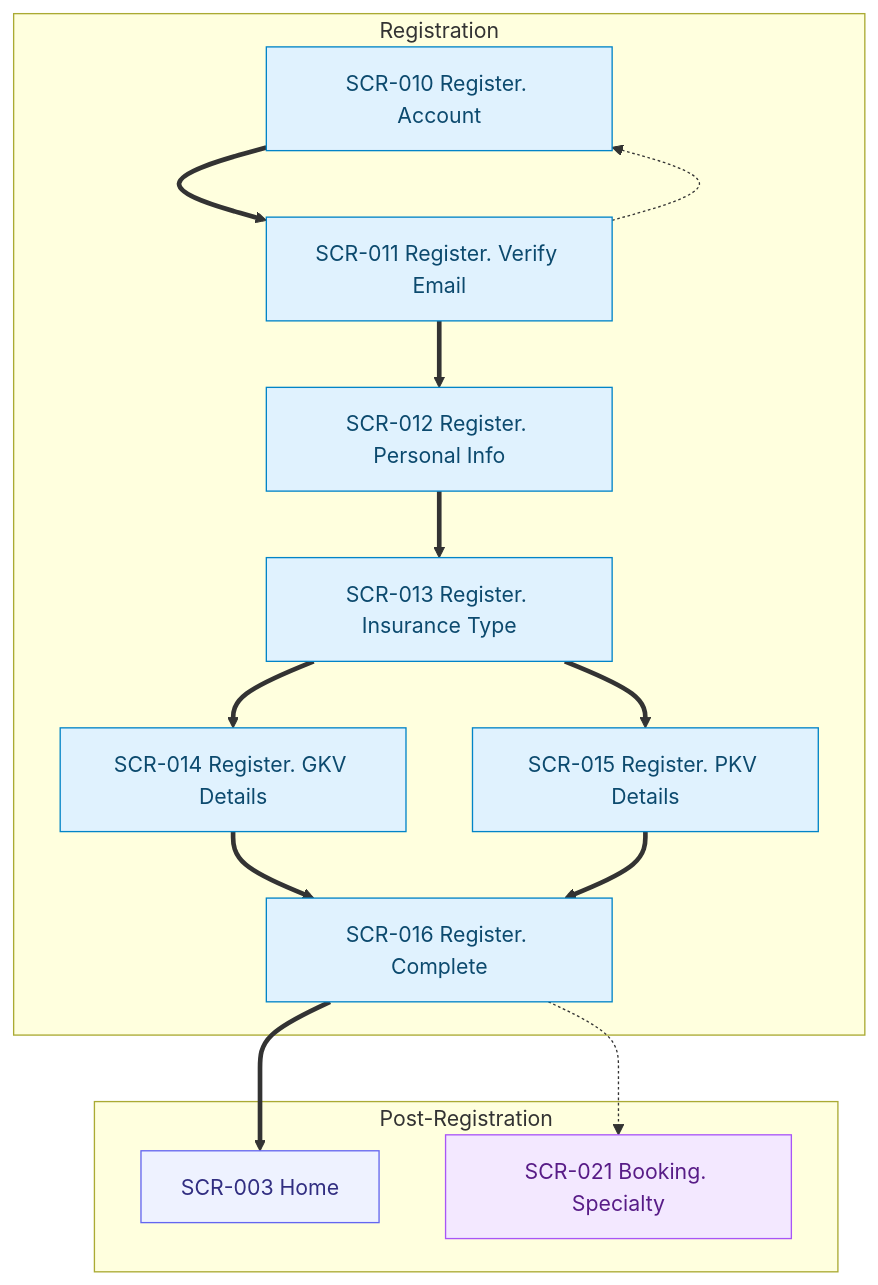
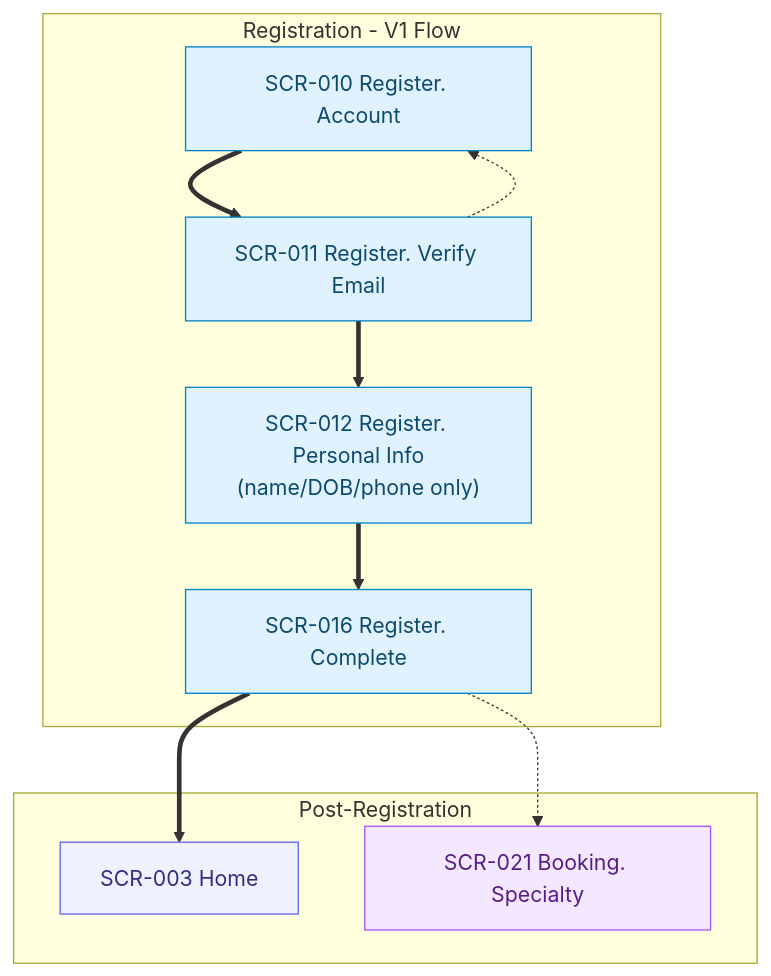
Before and after one commit to garyctc/MedAlpha-Flow: the first of 4 diagrams in docs/artifacts/userflows/FLOWS.md, drawn with Mermaid. The commit also changed other lines of this file and 1 other file, not shown here.

Commit message:
docs: update IA and flows for V1 registration/profile changes

````diff
--- a/docs/artifacts/userflows/FLOWS.md
+++ b/docs/artifacts/userflows/FLOWS.md
@@ -15,34 +17,29 @@
 ```mermaid
 graph TD
   %% Class palette (domain colors)
   classDef auth fill:#E0F2FE,stroke:#0284C7,color:#0C4A6E;
   classDef hub fill:#EEF2FF,stroke:#6366F1,color:#312E81;
   classDef booking fill:#F3E8FF,stroke:#A855F7,color:#581C87;
 
-  subgraph REG[Registration]
+  subgraph REG[Registration - V1 Flow]
     reg-account["SCR-010 Register. Account"]
     reg-verify-email["SCR-011 Register. Verify Email"]
-    reg-personal-info["SCR-012 Register. Personal Info"]
-    reg-insurance-type["SCR-013 Register. Insurance Type"]
-    reg-gkv-details["SCR-014 Register. GKV Details"]
-    reg-pkv-details["SCR-015 Register. PKV Details"]
+    reg-personal-info["SCR-012 Register. Personal Info<br/>(name/DOB/phone only)"]
     reg-complete["SCR-016 Register. Complete"]
   end
 
   subgraph EXIT[Post-Registration]
     hub-home["SCR-003 Home"]
     booking-specialty["SCR-021 Booking. Specialty"]
   end
 
-  reg-account ==> reg-verify-email ==> reg-personal-info ==> reg-insurance-type
-  reg-insurance-type ==> reg-gkv-details ==> reg-complete
-  reg-insurance-type ==> reg-pkv-details ==> reg-complete
+  reg-account ==> reg-verify-email ==> reg-personal-info ==> reg-complete
   reg-verify-email -.-> reg-account
 
   reg-complete ==> hub-home
   reg-complete -.-> booking-specialty
 
-  class reg-account,reg-verify-email,reg-personal-info,reg-insurance-type,reg-gkv-details,reg-pkv-details,reg-complete auth;
+  class reg-account,reg-verify-email,reg-personal-info,reg-complete auth;
   class hub-home hub;
   class booking-specialty booking;
 ```
````
